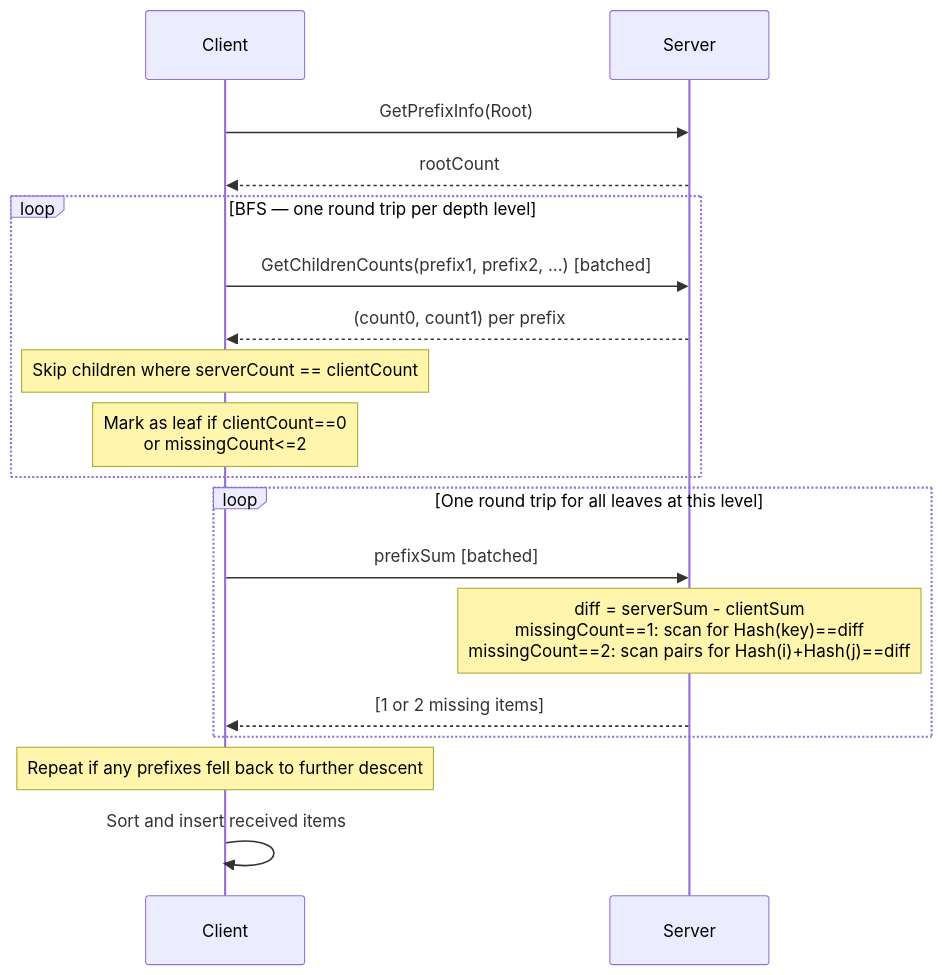
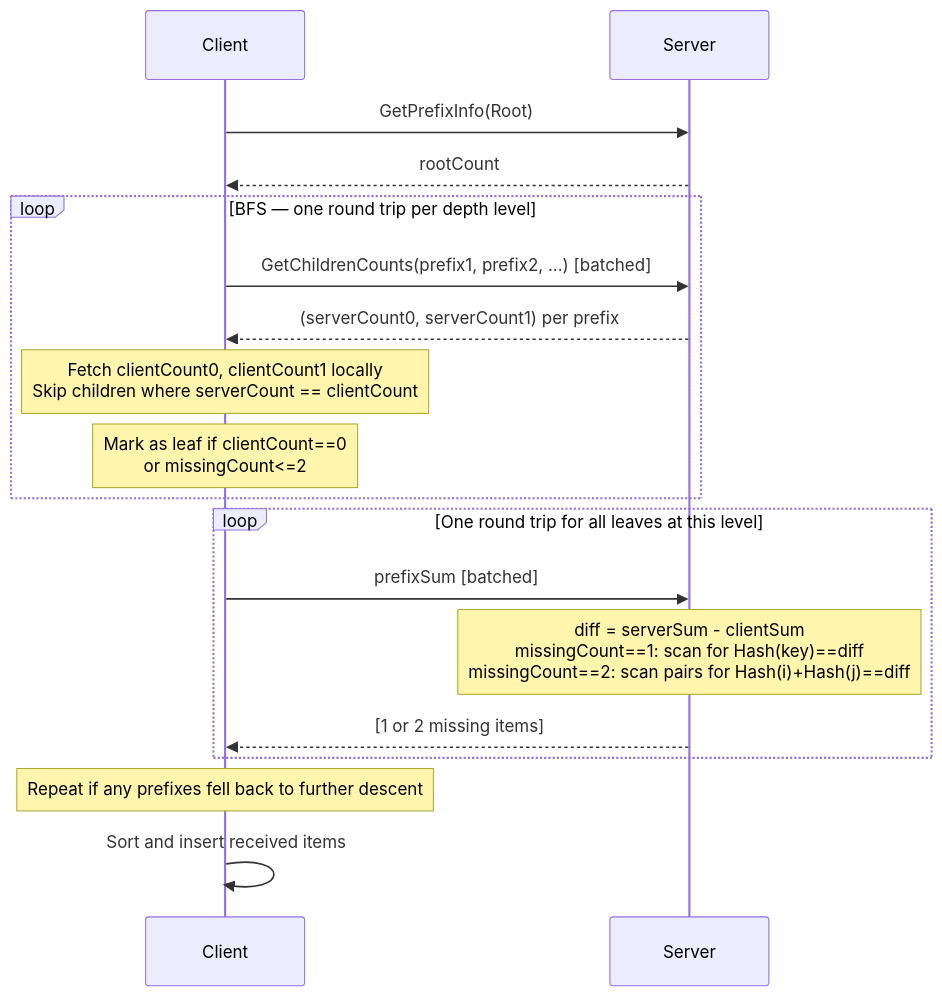
The third of 6 diagrams in SetSum/Sync/README.md (arj03/setsum-cs), drawn with Mermaid before and after one commit. The commit also changed other lines of this file, not shown here.

````diff
--- a/SetSum/Sync/README.md
+++ b/SetSum/Sync/README.md
@@ -93,24 +93,24 @@
 ```mermaid
 sequenceDiagram
     participant C as Client
     participant S as Server
 
     C->>S: GetPrefixInfo(Root)
     S-->>C: rootCount
 
     loop BFS — one round trip per depth level
         C->>S: GetChildrenCounts(prefix1, prefix2, ...) [batched]
-        S-->>C: (count0, count1) per prefix
-        Note over C: Skip children where serverCount == clientCount
+        S-->>C: (serverCount0, serverCount1) per prefix
+        Note over C: Fetch clientCount0, clientCount1 locally<br/>Skip children where serverCount == clientCount
         Note over C: Mark as leaf if clientCount==0<br/>or missingCount<=2
     end
 
     loop One round trip for all leaves at this level
         C->>S: prefixSum [batched]
         Note over S: diff = serverSum - clientSum<br/>missingCount==1: scan for Hash(key)==diff<br/>missingCount==2: scan pairs for Hash(i)+Hash(j)==diff
         S-->>C: [1 or 2 missing items]
     end
 
     Note over C: Repeat if any prefixes fell back to further descent
     C->>C: Sort and insert received items
 ```
````
